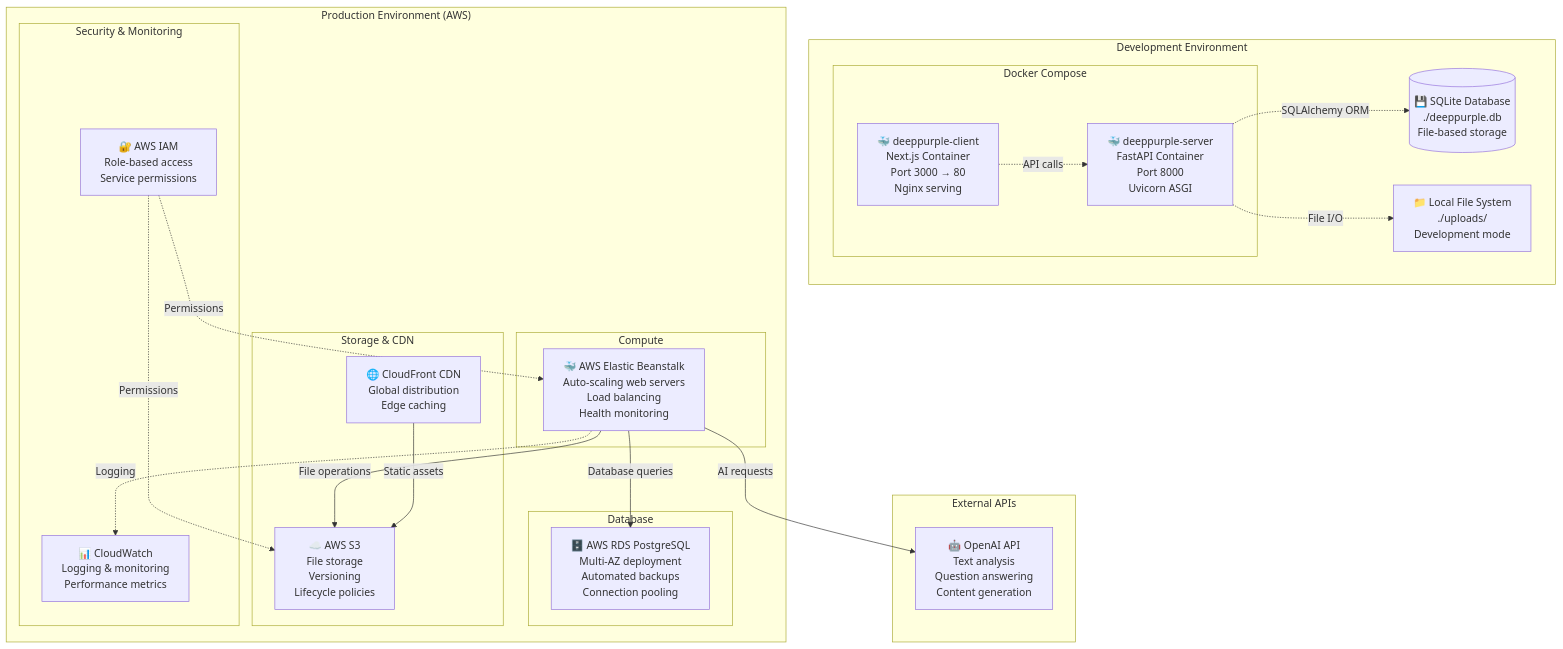
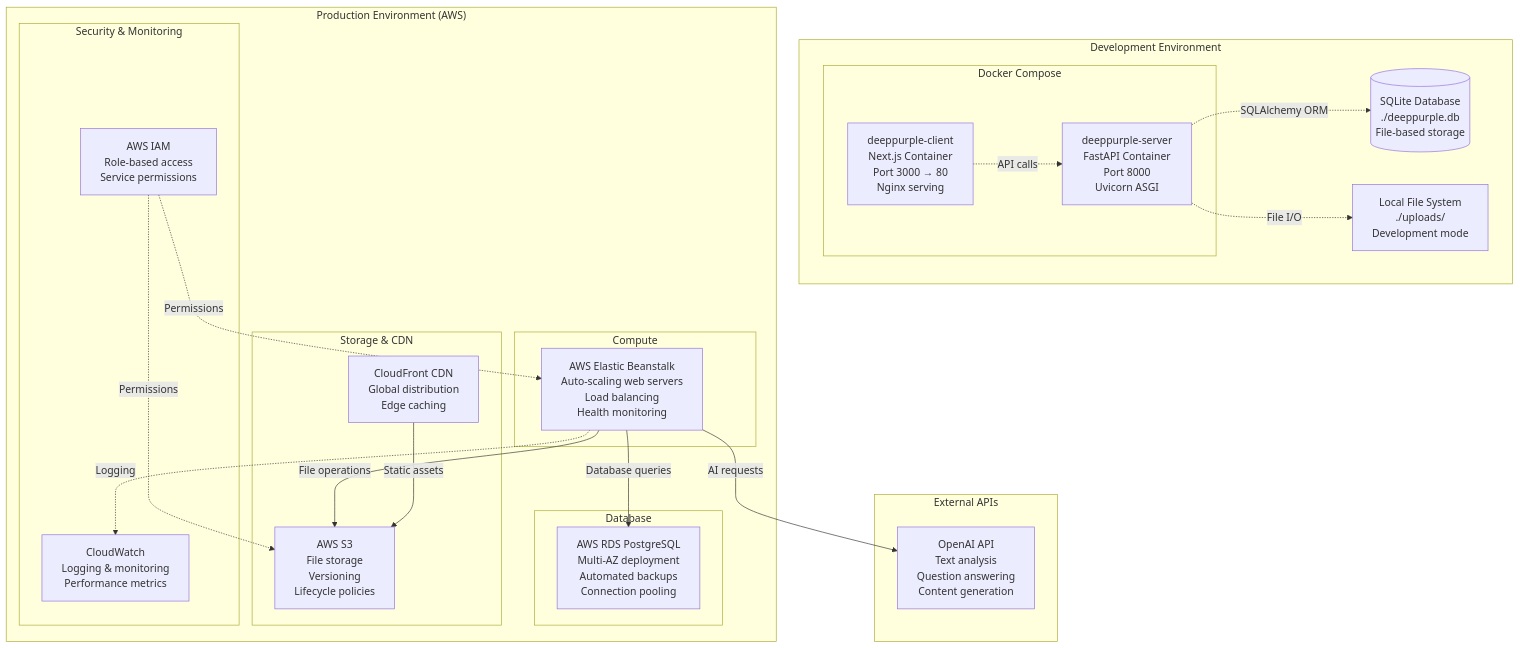
One commit to akileshjayakumar/deeppurple-fyp-25-s2-05 changed the third of 7 diagrams in readme/README_DIAGRAM.md. Above: the diagram before and after it, drawn with Mermaid. The commit also changed other lines of this file, not shown here.

Commit message:
docs: simplify architecture diagrams for better readability

````diff
--- a/readme/README_DIAGRAM.md
+++ b/readme/README_DIAGRAM.md
@@ -127,52 +127,52 @@
 ```mermaid
 graph TB
     subgraph "Development Environment"
         subgraph "Docker Compose"
-            ClientContainer[🐳 deeppurple-client<br/>Next.js Container<br/>Port 3000 → 80<br/>Nginx serving]
-            ServerContainer[🐳 deeppurple-server<br/>FastAPI Container<br/>Port 8000<br/>Uvicorn ASGI]
+            ClientContainer["deeppurple-client<br/>Next.js Container<br/>Port 3000 → 80<br/>Nginx serving"]
+            ServerContainer["deeppurple-server<br/>FastAPI Container<br/>Port 8000<br/>Uvicorn ASGI"]
         end
 
-        LocalDB[(💾 SQLite Database<br/>./deeppurple.db<br/>File-based storage)]
-        LocalStorage[📁 Local File System<br/>./uploads/<br/>Development mode]
+        LocalDB[("SQLite Database<br/>./deeppurple.db<br/>File-based storage")]
+        LocalStorage["Local File System<br/>./uploads/<br/>Development mode"]
     end
 
     subgraph "Production Environment (AWS)"
         subgraph "Compute"
-            EBS[🐳 AWS Elastic Beanstalk<br/>Auto-scaling web servers<br/>Load balancing<br/>Health monitoring]
+            EBS["AWS Elastic Beanstalk<br/>Auto-scaling web servers<br/>Load balancing<br/>Health monitoring"]
         end
 
         subgraph "Database"
-            RDS[🗄️ AWS RDS PostgreSQL<br/>Multi-AZ deployment<br/>Automated backups<br/>Connection pooling]
+            RDS["AWS RDS PostgreSQL<br/>Multi-AZ deployment<br/>Automated backups<br/>Connection pooling"]
         end
 
         subgraph "Storage & CDN"
-            S3Bucket[☁️ AWS S3<br/>File storage<br/>Versioning<br/>Lifecycle policies]
-            CloudFront[🌐 CloudFront CDN<br/>Global distribution<br/>Edge caching]
+            S3Bucket["AWS S3<br/>File storage<br/>Versioning<br/>Lifecycle policies"]
+            CloudFront["CloudFront CDN<br/>Global distribution<br/>Edge caching"]
         end
 
         subgraph "Security & Monitoring"
-            IAM[🔐 AWS IAM<br/>Role-based access<br/>Service permissions]
-            CloudWatch[📊 CloudWatch<br/>Logging & monitoring<br/>Performance metrics]
+            IAM["AWS IAM<br/>Role-based access<br/>Service permissions"]
+            CloudWatch["CloudWatch<br/>Logging & monitoring<br/>Performance metrics"]
         end
     end
 
     subgraph "External APIs"
-        OpenAIAPI[🤖 OpenAI API<br/>Text analysis<br/>Question answering<br/>Content generation]
+        OpenAIAPI["OpenAI API<br/>Text analysis<br/>Question answering<br/>Content generation"]
     end
 
     %% Development connections
-    ClientContainer -.->|API calls| ServerContainer
-    ServerContainer -.->|SQLAlchemy ORM| LocalDB
-    ServerContainer -.->|File I/O| LocalStorage
+    ClientContainer -.->|"API calls"| ServerContainer
+    ServerContainer -.->|"SQLAlchemy ORM"| LocalDB
+    ServerContainer -.->|"File I/O"| LocalStorage
 
     %% Production connections
-    EBS -->|Database queries| RDS
-    EBS -->|File operations| S3Bucket
-    CloudFront -->|Static assets| S3Bucket
-    EBS -->|AI requests| OpenAIAPI
-    EBS -.->|Logging| CloudWatch
+    EBS -->|"Database queries"| RDS
+    EBS -->|"File operations"| S3Bucket
+    CloudFront -->|"Static assets"| S3Bucket
+    EBS -->|"AI requests"| OpenAIAPI
+    EBS -.->|"Logging"| CloudWatch
 
     %% Security
-    IAM -.->|Permissions| EBS
-    IAM -.->|Permissions| S3Bucket
+    IAM -.->|"Permissions"| EBS
+    IAM -.->|"Permissions"| S3Bucket
 ```
````
